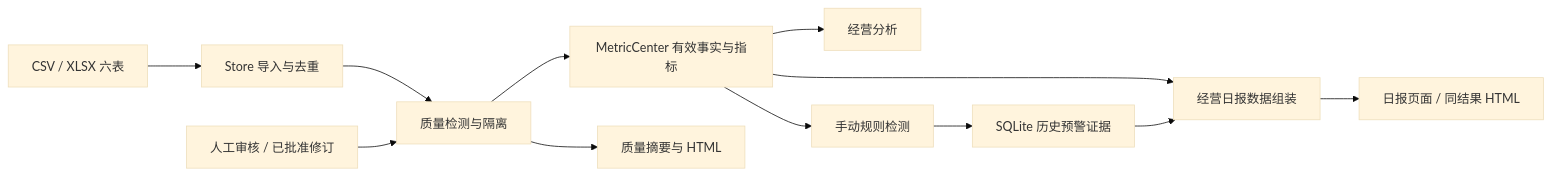
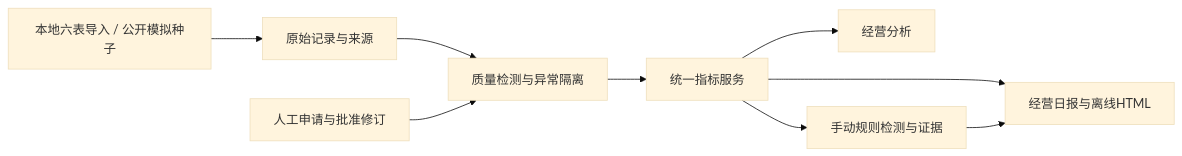
The diagram in README.md (linluluhh/ecommerce-business-analysis), drawn with Mermaid (base theme) before and after one commit. The commit also changed other lines of this file and 29 other files, not shown here.

````diff
--- a/README.md
+++ b/README.md
@@ -37,14 +88,11 @@
-```mermaid
+~~~mermaid
 flowchart LR
-    A[CSV / XLSX 六表] --> B[Store 导入与去重]
-    B --> C[质量检测与隔离]
-    C --> D[MetricCenter 有效事实与指标]
-    E[人工审核 / 已批准修订] --> C
-    D --> F[经营分析]
-    D --> G[手动规则检测]
-    G --> H[SQLite 历史预警证据]
-    D --> I[经营日报数据组装]
-    H --> I
-    C --> J[质量摘要与 HTML]
-    I --> K[日报页面 / 同结果 HTML]
-```
+    A[本地六表导入 / 公开模拟种子] --> B[原始记录与来源]
+    B --> C[质量检测与异常隔离]
+    R[人工申请与批准修订] --> C
+    C --> M[统一指标服务]
+    M --> D[经营分析]
+    M --> E[手动规则检测与证据]
+    M --> F[经营日报与离线HTML]
+    E --> F
+~~~
````
